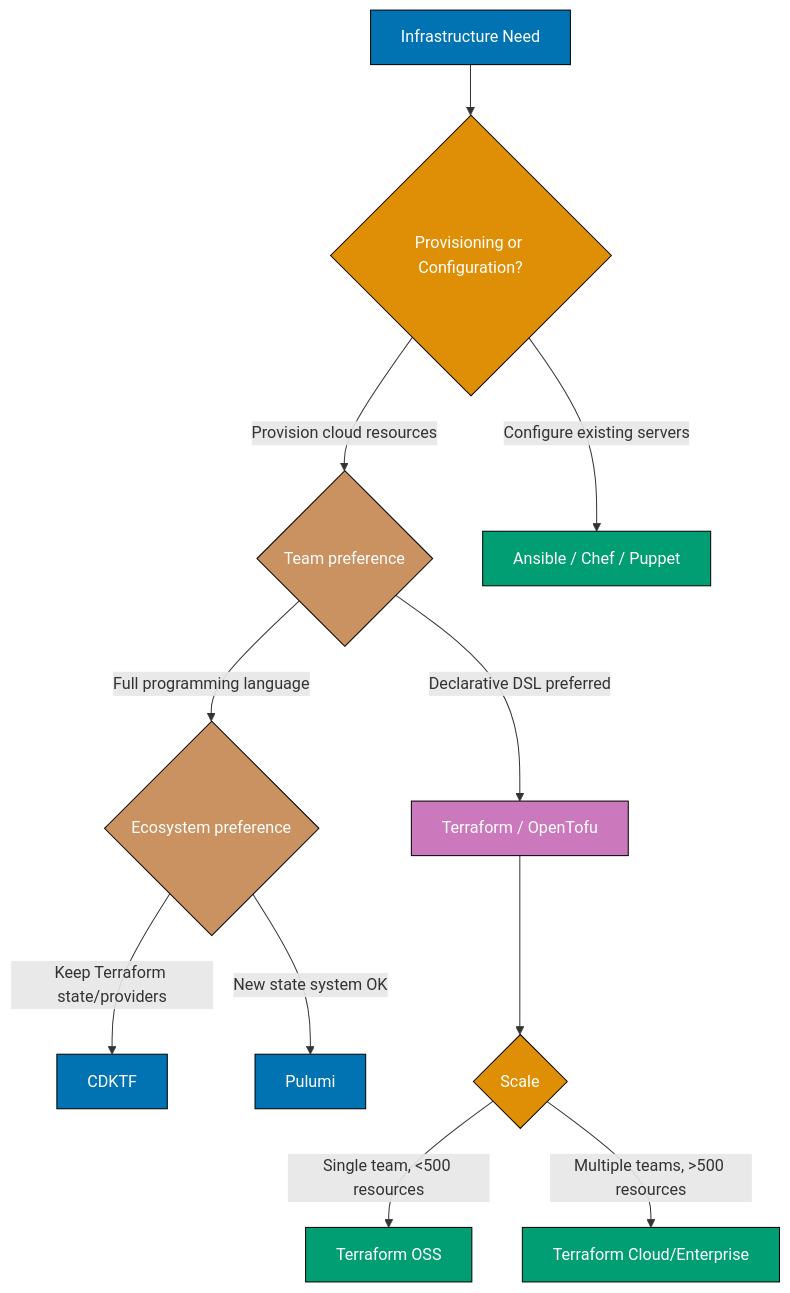
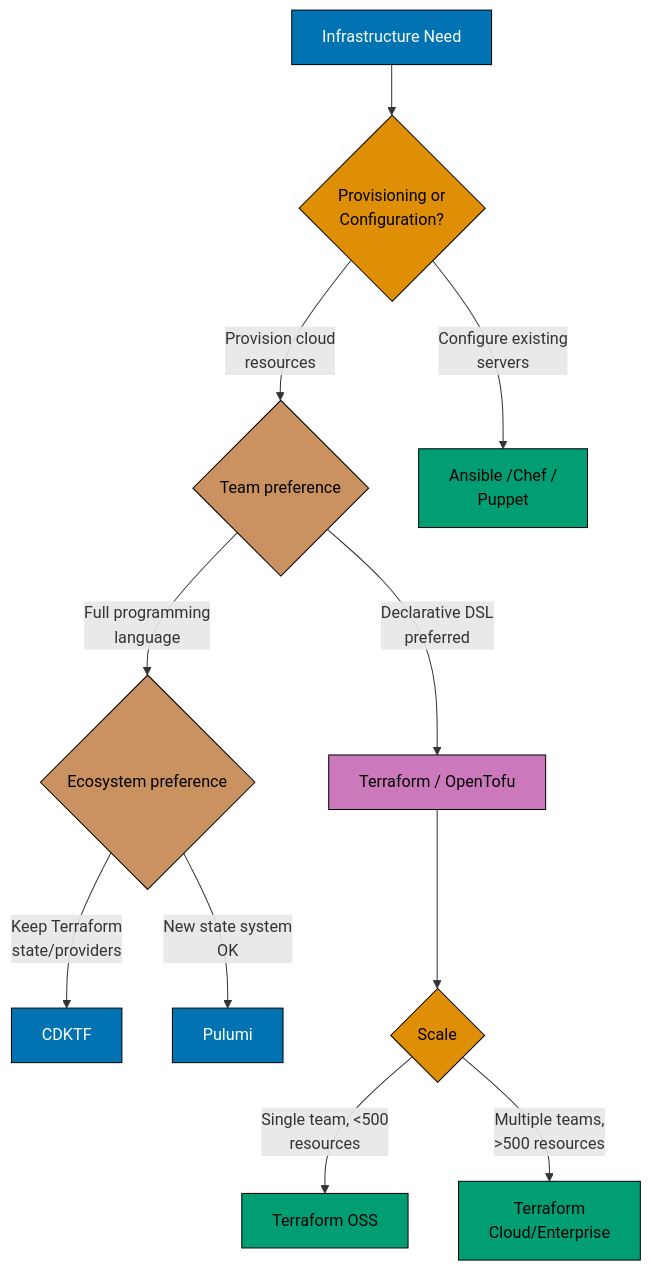
The ninth of 9 diagrams in apps/ayokoding-www/content/en/learn/legacy/software-engineering/infrastructure/infrastructure-as-code/by-example/advanced.md (wahidyankf/ose-public), drawn with Mermaid before and after one commit. The commit also changed other lines of this file and 131 other files, not shown here.

First line of the commit message:
fix(mermaid): bring the legacy data, infrastructure, and testing diagrams onto the accessible palette

````diff
--- a/apps/ayokoding-www/content/en/learn/legacy/software-engineering/infrastructure/infrastructure-as-code/by-example/advanced.md
+++ b/apps/ayokoding-www/content/en/learn/legacy/software-engineering/infrastructure/infrastructure-as-code/by-example/advanced.md
@@ -2349,26 +2403,34 @@
 ```mermaid
 %% Color Palette: Blue #0173B2, Orange #DE8F05, Teal #029E73, Purple #CC78BC, Brown #CA9161
 graph TD
-  A["Infrastructure Need"] --> B{Provisioning or Configuration?}
-  B -->|"Provision cloud resources"| C{Team preference}
-  B -->|"Configure existing servers"| D["Ansible / Chef / Puppet"]
-  C -->|"Declarative DSL preferred"| E["Terraform / OpenTofu"]
-  C -->|"Full programming language"| F{Ecosystem preference}
-  F -->|"Keep Terraform state/providers"| G["CDKTF"]
-  F -->|"New state system OK"| H["Pulumi"]
+  accTitle: Example 85: IaC Architecture Decision Framework
+  accDescr: Graph with 11 nodes and 10 connections. Nodes: Infrastructure Need, Provisioning or Configuration?, Team preference, Ansible /Chef / Puppet, Terraform / OpenTofu, Ecosystem preference, CDKTF, Pulumi, Scale, Terraform OSS, Terraform Cloud/Enterprise. Connections: Infrastructure Need to Provisioning or Configuration?, Provisioning or Configuration? to Team preference (Provision cloud resources), Provisioning or Configuration? to Ansible /Chef / Puppet (Configure existing servers), Team preference to Terraform / OpenTofu (Declarative DSL preferred), Team preference to Ecosystem preference (Full programming language), Ecosystem preference to CDKTF (Keep Terraform state/providers), Ecosystem preference to Pulumi (New state system OK), Terraform / OpenTofu to Scale, Scale to Terraform OSS (Single team, <500 resources), Scale to Terraform Cloud/Enterprise (Multiple teams, >500 resources).
+  A["Infrastructure Need"] --> B{Provisioning or<br/>Configuration?}
+  B -->|"Provision cloud<br/>resources"| C{Team preference}
+  B -->|"Configure existing<br/>servers"| D["Ansible /Chef /<br/>Puppet"]
+  C -->|"Declarative DSL<br/>preferred"| E["Terraform / OpenTofu"]
+  C -->|"Full programming<br/>language"| F{Ecosystem preference}
+  F -->|"Keep Terraform<br/>state/providers"| G["CDKTF"]
+  F -->|"New state system<br/>OK"| H["Pulumi"]
   E --> I{Scale}
-  I -->|"Single team, <500 resources"| J["Terraform OSS"]
-  I -->|"Multiple teams, >500 resources"| K["Terraform Cloud/Enterprise"]
+  I -->|"Single team, <500<br/>resources"| J["Terraform OSS"]
+  I -->|"Multiple teams,<br/>>500 resources"| K["Terraform<br/>Cloud/Enterprise"]
 
-  style A fill:#0173B2,stroke:#000,color:#fff
-  style B fill:#DE8F05,stroke:#000,color:#fff
-  style C fill:#CA9161,stroke:#000,color:#fff
-  style D fill:#029E73,stroke:#000,color:#fff
-  style E fill:#CC78BC,stroke:#000,color:#fff
-  style F fill:#CA9161,stroke:#000,color:#fff
-  style G fill:#0173B2,stroke:#000,color:#fff
-  style H fill:#0173B2,stroke:#000,color:#fff
-  style I fill:#DE8F05,stroke:#000,color:#fff
-  style J fill:#029E73,stroke:#000,color:#fff
-  style K fill:#029E73,stroke:#000,color:#fff
+  classDef pal-0173B2 fill:#0173B2,stroke:#000000,color:#FFFFFF
+  class A pal-0173B2
+  classDef pal-DE8F05 fill:#DE8F05,stroke:#000000,color:#000000
+  class B pal-DE8F05
+  classDef pal-CA9161 fill:#CA9161,stroke:#000000,color:#000000
+  class C pal-CA9161
+  classDef pal-029E73 fill:#029E73,stroke:#000000,color:#000000
+  class D pal-029E73
+  classDef pal-CC78BC fill:#CC78BC,stroke:#000000,color:#000000
+  class E pal-CC78BC
+  class F pal-CA9161
+  class G pal-0173B2
+  class H pal-0173B2
+  class I pal-DE8F05
+  class J pal-029E73
+  class K pal-029E73
+  classDef default fill:#FFFFFF,stroke:#000000,color:#000000
 ```
````
